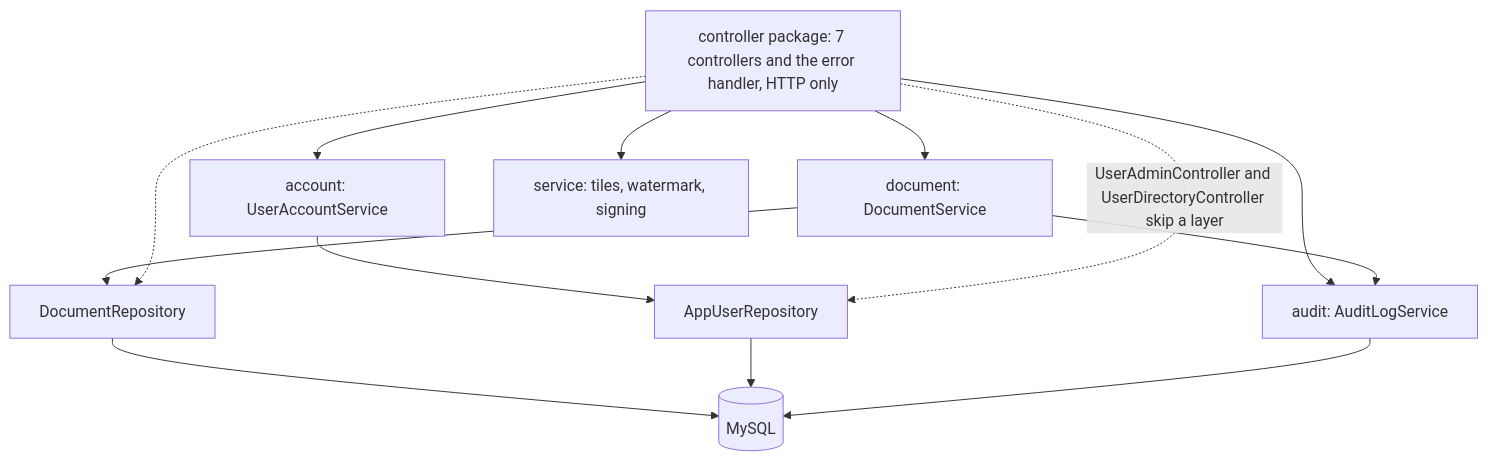
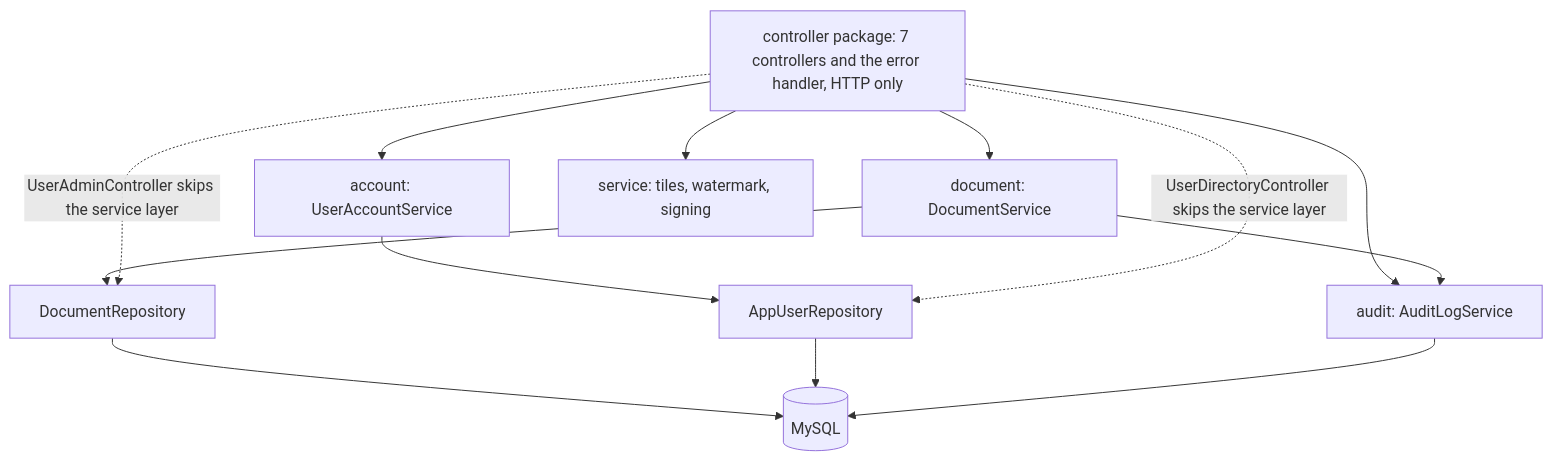
The second of 6 diagrams in book/part-6-patterns/39-architectural-patterns.md (Sriram-Codes-SW/secure-doc-viewer), drawn with Mermaid before and after one commit. The commit also changed other lines of this file and 63 other files, not shown here.

````diff
--- a/book/part-6-patterns/39-architectural-patterns.md
+++ b/book/part-6-patterns/39-architectural-patterns.md
@@ -91,15 +91,15 @@
 ```mermaid
 flowchart TB
     C["controller package: 7 controllers and the error handler, HTTP only"] --> DS["document: DocumentService"]
     C --> AS["account: UserAccountService"]
     C --> TS["service: tiles, watermark, signing"]
     C --> AU["audit: AuditLogService"]
     DS --> DR["DocumentRepository"]
     AS --> UR["AppUserRepository"]
     DS --> AU
     DR --> DB[("MySQL")]
     UR --> DB
     AU --> DB
-    C -.->|"UserAdminController and UserDirectoryController skip a layer"| UR
-    C -.-> DR
+    C -.->|"UserDirectoryController skips the service layer"| UR
+    C -.->|"UserAdminController skips the service layer"| DR
 ```
````
